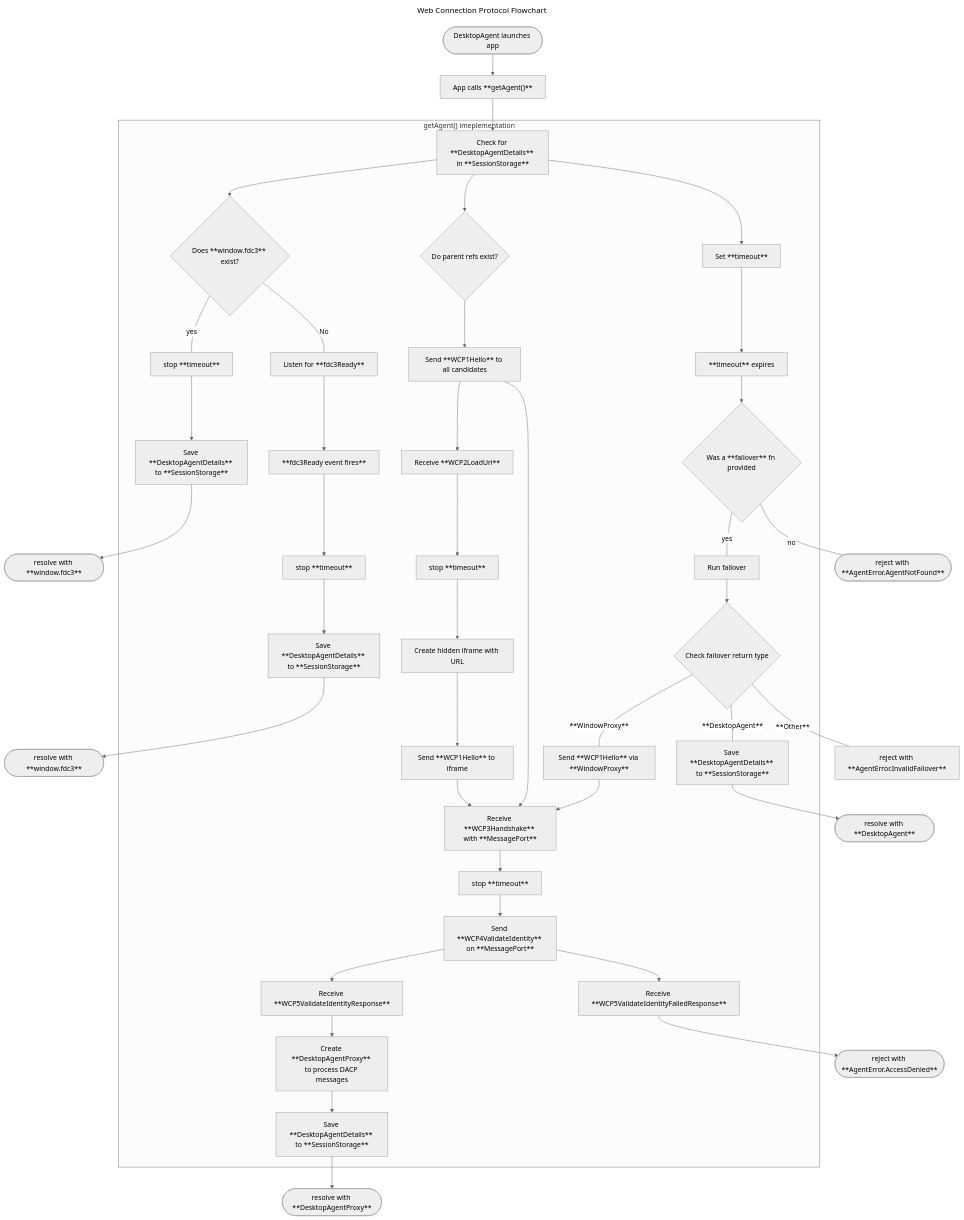
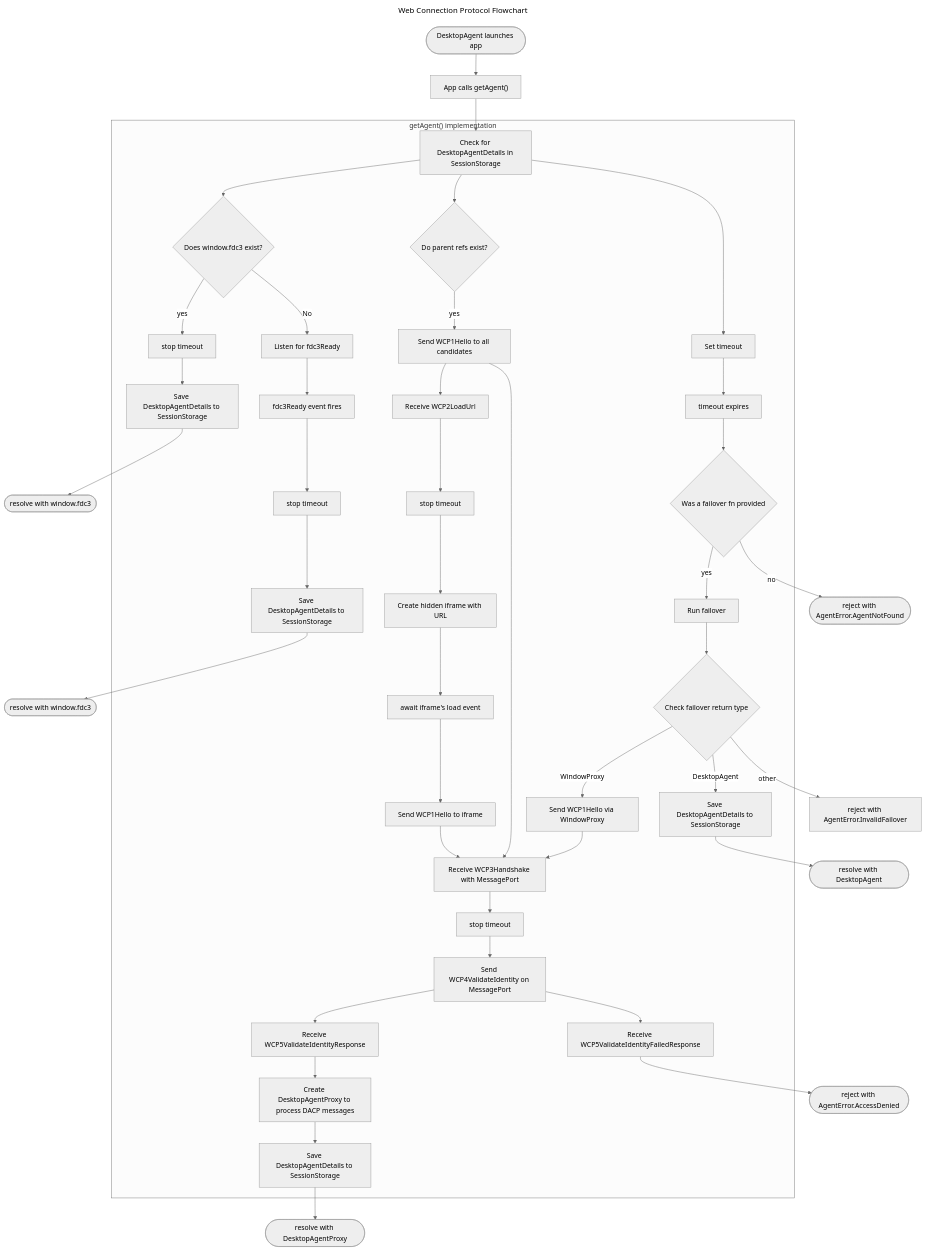
One commit to finos/FDC3 changed the first of 2 diagrams in docs/api/specs/webConnectionProtocol.md. Above: the diagram before and after it, drawn with Mermaid (neutral theme). The commit also changed other lines of this file and 1 other file, not shown here.

Commit message:
Adjustments to WCP flow diagram and adding some implementation tips

````diff
--- a/docs/api/specs/webConnectionProtocol.md
+++ b/docs/api/specs/webConnectionProtocol.md
@@ -257,49 +263,50 @@
 ```mermaid
 ---
 title: "Web Connection Protocol Flowchart" 
 ---
 flowchart TD
-    A1([DesktopAgent launches app]) --> A2["App calls **getAgent()**"]
-    A2 --> A3["Check for **DesktopAgentDetails** in **SessionStorage**"]
+    A1([DesktopAgent launches app]) --> A2["App calls getAgent()"]
+    A2 --> A3["Check for DesktopAgentDetails in SessionStorage"]
 
-    subgraph "getAgent() imeplementation"
-      A3 --> P1{"Does **window.fdc3** exist?"}
-      P1 ---|yes|P2["stop **timeout**"]
-      P2 --> P21["Save **DesktopAgentDetails** to **SessionStorage**"]
-      P1 ---|No|P3["Listen for **fdc3Ready**"]
-      P3 --> P31["**fdc3Ready event fires**"]
-      P31 --> P32["stop **timeout**"]
-      P32 --> P33["Save **DesktopAgentDetails** to **SessionStorage**"]
+    subgraph "getAgent() implementation"
+      A3 --> P1{"Does window.fdc3 exist?"}
+      P1 -->|yes|P2["stop timeout"]
+      P2 --> P21["Save DesktopAgentDetails to SessionStorage"]
+      P1 -->|No|P3["Listen for fdc3Ready"]
+      P3 --> P31["fdc3Ready event fires"]
+      P31 --> P32["stop timeout"]
+      P32 --> P33["Save DesktopAgentDetails to SessionStorage"]
       
       A3 --> B1{"Do parent refs exist?"}
-      B1 --> B11["Send **WCP1Hello** to all candidates"]
-      B11 --> B2["Receive **WCP2LoadUrl**"]
-      B2 --> B21["stop **timeout**"]
+      B1 -->|yes|B11["Send WCP1Hello to all candidates"]
+      B11 --> B2["Receive WCP2LoadUrl"]
+      B2 --> B21["stop timeout"]
       B21 --> B22["Create hidden iframe with URL"]
-      B22 --> B23["Send **WCP1Hello** to iframe"]
-      B23 --> B3["Receive **WCP3Handshake** with **MessagePort**"]
-      B3 --> B31["stop **timeout**"]
+      B22 --> B23["await iframe's load event"]
+      B23 --> B24["Send WCP1Hello to iframe"]
+      B24 --> B3["Receive WCP3Handshake with MessagePort"]
+      B3 --> B31["stop timeout"]
       B11 --> B3
-      B31 --> B32["Send **WCP4ValidateIdentity** on **MessagePort**"]
-      B32 --> B321["Receive **WCP5ValidateIdentityResponse**"]
-      B321 --> B3211["Create **DesktopAgentProxy** to process DACP messages"]
-      B3211 --> B3212["Save **DesktopAgentDetails** to **SessionStorage**"]
-      B32 --> B322["Receive **WCP5ValidateIdentityFailedResponse**"]
+      B31 --> B32["Send WCP4ValidateIdentity on MessagePort"]
+      B32 --> B321["Receive WCP5ValidateIdentityResponse"]
+      B321 --> B3211["Create DesktopAgentProxy to process DACP messages"]
+      B3211 --> B3212["Save DesktopAgentDetails to SessionStorage"]
+      B32 --> B322["Receive WCP5ValidateIdentityFailedResponse"]
       
-      A3 --> T1["Set **timeout**"]
-      T1 --> T2["**timeout** expires"]
-      T2 --> T3{"Was a **failover** fn provided"}
-      T3 ---|yes|T31["Run failover"]
+      A3 --> T1["Set timeout"]
+      T1 --> T2["timeout expires"]
+      T2 --> T3{"Was a failover fn provided"}
+      T3 -->|yes|T31["Run failover"]
       T31 --> T311{"Check failover return type"}
-      T311 ---|**WindowProxy**|T3111["Send **WCP1Hello** via **WindowProxy**"]
-      T311 ---|**DesktopAgent**|T3112["Save **DesktopAgentDetails** to **SessionStorage**"]
+      T311 -->|WindowProxy|T3111["Send WCP1Hello via WindowProxy"]
+      T311 -->|DesktopAgent|T3112["Save DesktopAgentDetails to SessionStorage"]
       T3111 --> B3
     end
-    P21 -->P22(["resolve with **window.fdc3**"])
-    P33 -->P34(["resolve with **window.fdc3**"])
-    B3212 --> B3213(["resolve with **DesktopAgentProxy**"])
-    B322 --> B3221(["reject with **AgentError.AccessDenied**"])
-    T3112 --> T31121(["resolve with **DesktopAgent**"])
-    T3 ---|no|T32(["reject with **AgentError.AgentNotFound**"])
-    T311 ---|**Other**|T3113["reject with **AgentError.InvalidFailover**"]
+    P21 -->P22(["resolve with window.fdc3"])
+    P33 -->P34(["resolve with window.fdc3"])
+    B3212 --> B3213(["resolve with DesktopAgentProxy"])
+    B322 --> B3221(["reject with AgentError.AccessDenied"])
+    T3112 --> T31121(["resolve with DesktopAgent"])
+    T3 -->|no|T32(["reject with AgentError.AgentNotFound"])
+    T311 -->|other|T3113["reject with AgentError.InvalidFailover"]
 ```
````
